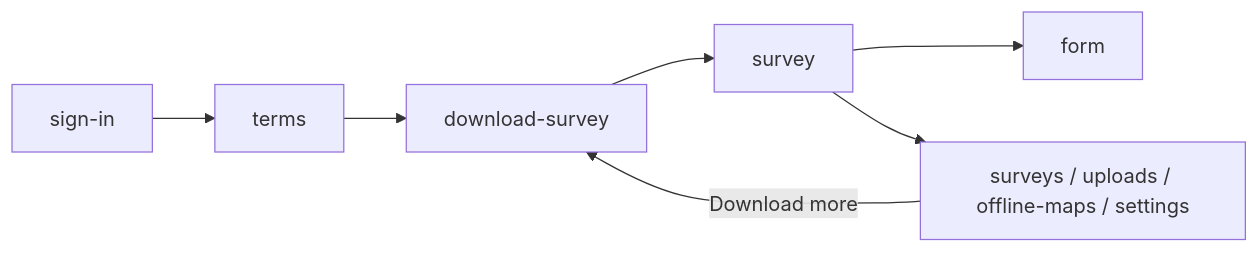
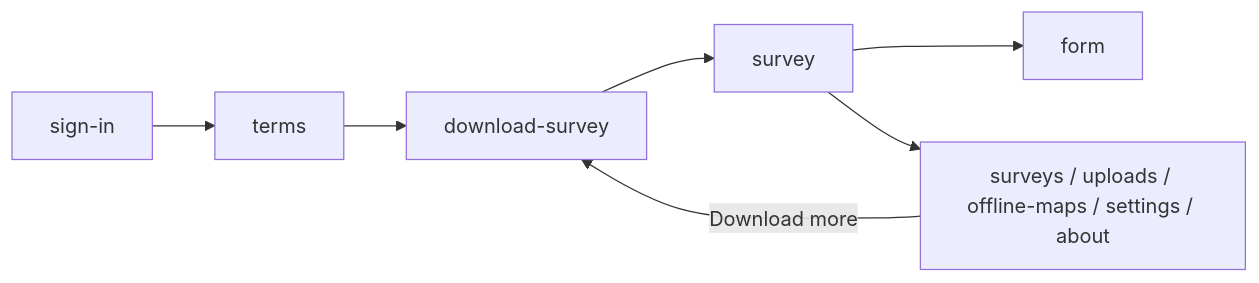
Before and after one commit to google/ground-platform: the fifth of 7 diagrams in docs/technical/client/architecture.md, drawn with Mermaid. The commit also changed 33 other files, not shown here.

````diff
--- a/docs/technical/client/architecture.md
+++ b/docs/technical/client/architecture.md
@@ -251,7 +251,7 @@
 ```mermaid
 flowchart LR
     SignIn["sign-in"] --> Terms["terms"] --> Download["download-survey"] --> Survey["survey"]
     Survey --> Form["form"]
-    Survey --> Pages["surveys / uploads / offline-maps / settings"]
+    Survey --> Pages["surveys / uploads / offline-maps / settings / about"]
     Pages -->|"Download more"| Download
 ```
````
